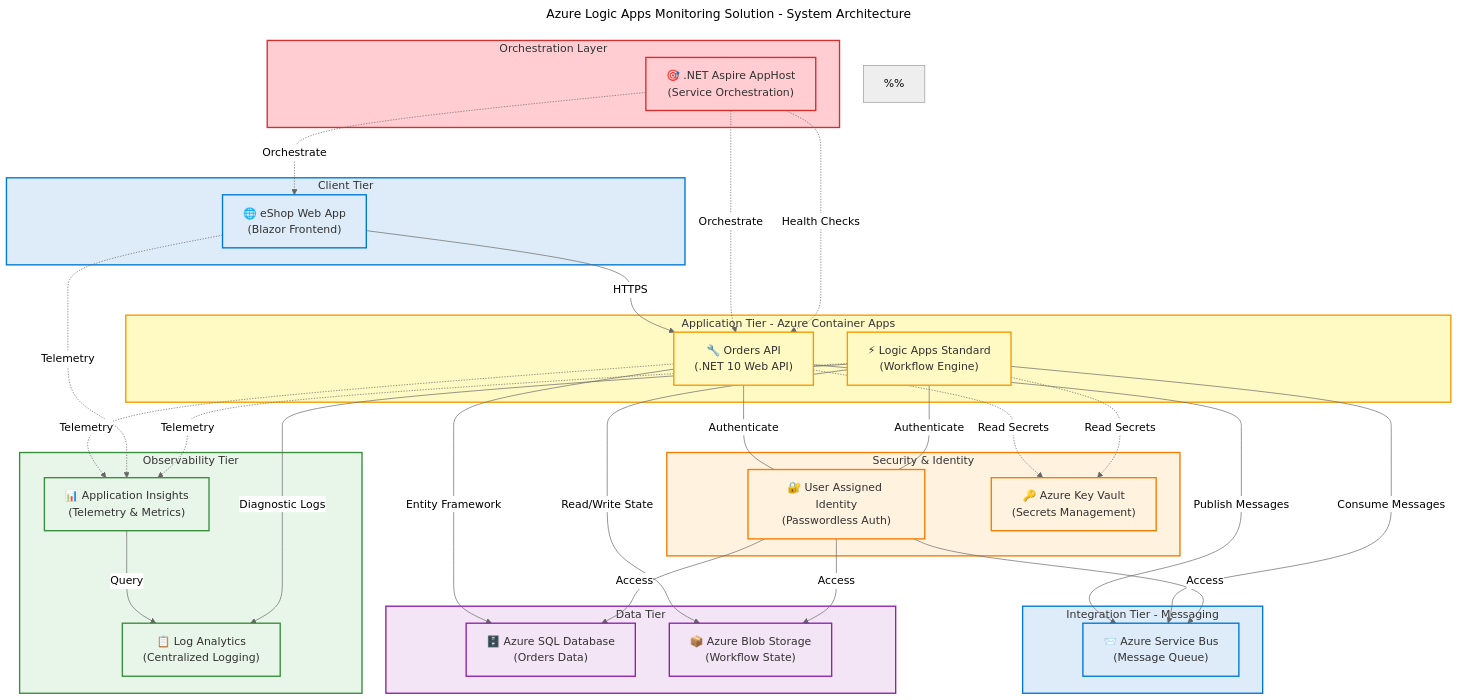
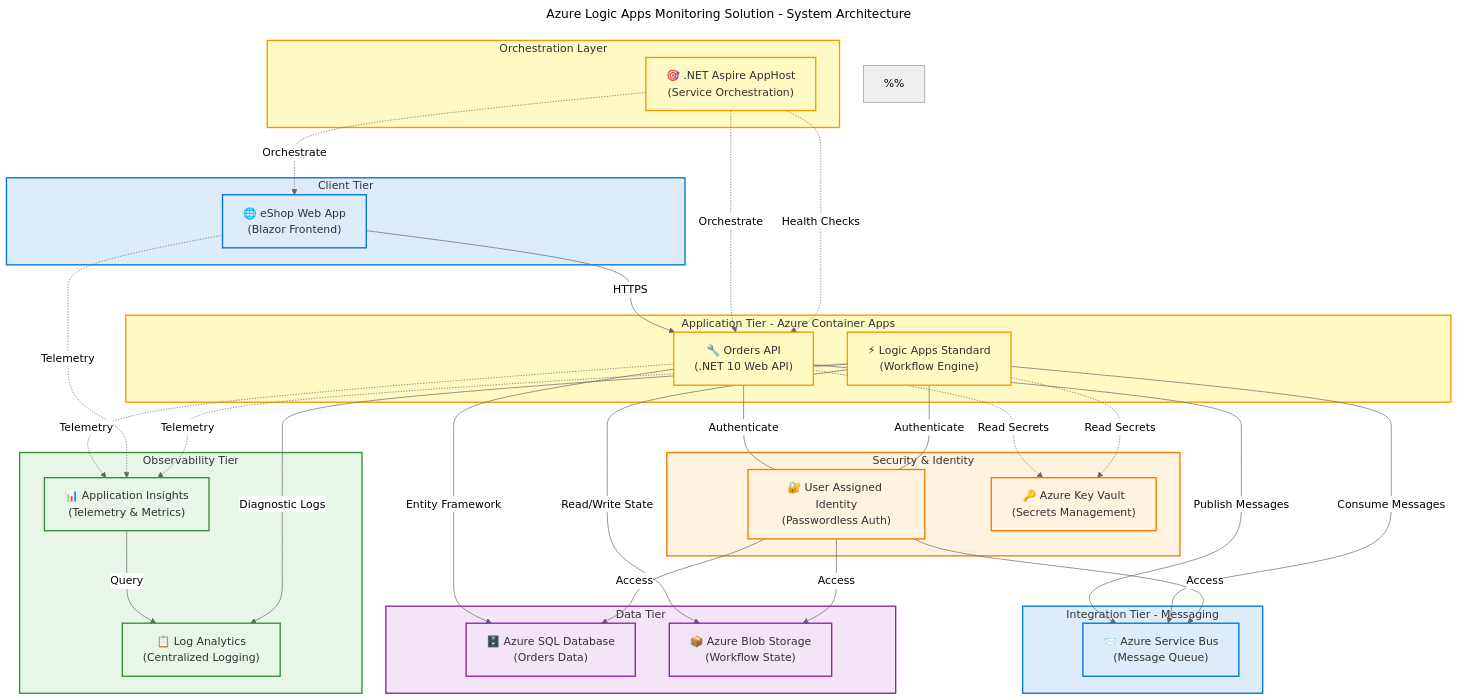
One commit to Evilazaro/Azure-LogicApps-Monitoring changed the first of 3 diagrams in README.md. Above: the diagram before and after it, drawn with Mermaid (neutral theme).

Commit message:
docs: update color palette for orchestration layer and application tier in flowchart for improved clarity and accessibility

```diff
--- a/README.md
+++ b/README.md
@@ -138,7 +138,7 @@
     style DataTier fill:#F3E5F5,stroke:#8E24AA,stroke-width:2px
     style ObservabilityTier fill:#E8F5E9,stroke:#388E3C,stroke-width:2px
     style SecurityIdentity fill:#FFF3E0,stroke:#F57C00,stroke-width:2px
-    style OrchestrationLayer fill:#FFCDD2,stroke:#D32F2F,stroke-width:2px
+    style OrchestrationLayer fill:#FFF9C4,stroke:#F59B00,stroke-width:2px
 
     style WebApp fill:#DEECF9,stroke:#0078D4,stroke-width:2px,color:#323130
     style OrdersAPI fill:#FFF9C4,stroke:#F59B00,stroke-width:2px,color:#323130
@@ -150,15 +150,14 @@
     style LogAnalytics fill:#E8F5E9,stroke:#388E3C,stroke-width:2px,color:#323130
     style ManagedIdentity fill:#FFF3E0,stroke:#F57C00,stroke-width:2px,color:#323130
     style KeyVault fill:#FFF3E0,stroke:#F57C00,stroke-width:2px,color:#323130
-    style Aspire fill:#FFCDD2,stroke:#D32F2F,stroke-width:2px,color:#323130
+    style Aspire fill:#FFF9C4,stroke:#F59B00,stroke-width:2px,color:#323130
 
     %% Color Palette Documentation
     %% azureBlue (#DEECF9): Client and Integration tiers
-    %% azureYellow (#FFF9C4): Application tier services
+    %% azureYellow (#FFF9C4): Application tier services and orchestration
     %% azurePurple (#F3E5F5): Data storage layer
     %% azureGreen (#E8F5E9): Observability and monitoring
     %% azureOrange (#FFF3E0): Security and identity
-    %% azureRed (#FFCDD2): Orchestration layer
     %%
     %% Accessibility: WCAG AA compliant (4.5:1 contrast ratio)
     %% Icons: Semantic emojis for visual identification
```
